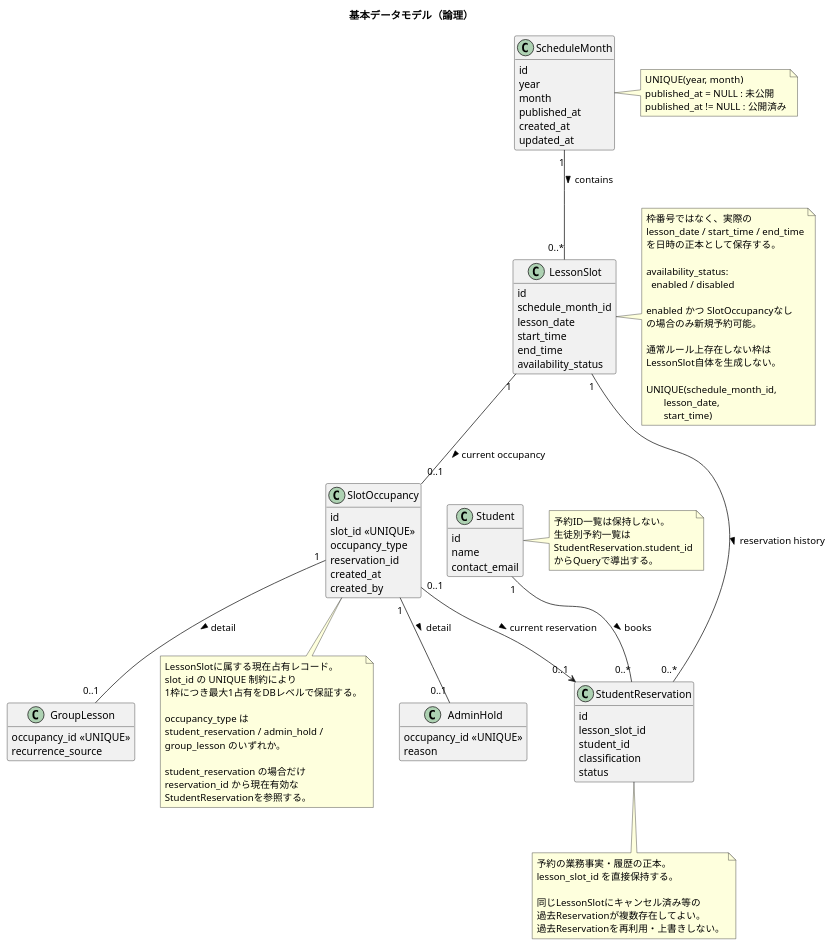
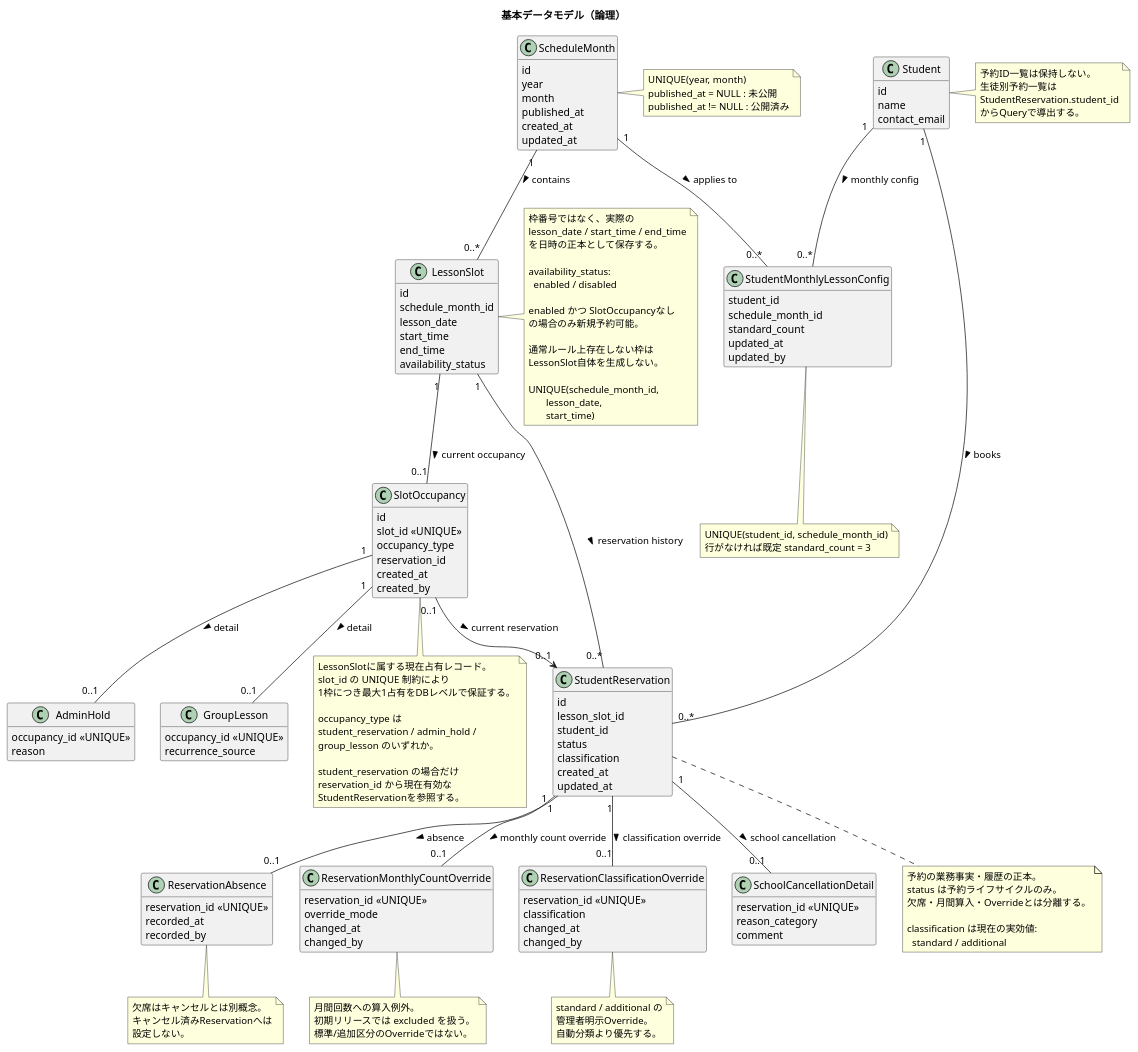
One commit to suzukure/nssscdl changed the diagram in docs/diagrams/plantuml/data-model-overview.puml. Above: the diagram before and after it, drawn with PlantUML.

Commit message:
Extend logical data model for reservation states

```diff
--- a/docs/diagrams/plantuml/data-model-overview.puml
+++ b/docs/diagrams/plantuml/data-model-overview.puml
@@ -1,122 +1,189 @@
 @startuml
 hide methods
 hide stereotypes
 skinparam classAttributeIconSize 0
 
 title 基本データモデル（論理）
 
 class Student {
   id
   name
   contact_email
 }
 
 class ScheduleMonth {
   id
   year
   month
   published_at
   created_at
   updated_at
 }
 
 class LessonSlot {
   id
   schedule_month_id
   lesson_date
   start_time
   end_time
   availability_status
 }
 
 class StudentReservation {
   id
   lesson_slot_id
   student_id
+  status
   classification
-  status
+  created_at
+  updated_at
+}
+
+class ReservationAbsence {
+  reservation_id <<UNIQUE>>
+  recorded_at
+  recorded_by
+}
+
+class ReservationMonthlyCountOverride {
+  reservation_id <<UNIQUE>>
+  override_mode
+  changed_at
+  changed_by
+}
+
+class ReservationClassificationOverride {
+  reservation_id <<UNIQUE>>
+  classification
+  changed_at
+  changed_by
+}
+
+class SchoolCancellationDetail {
+  reservation_id <<UNIQUE>>
+  reason_category
+  comment
+}
+
+class StudentMonthlyLessonConfig {
+  student_id
+  schedule_month_id
+  standard_count
+  updated_at
+  updated_by
 }
 
 class SlotOccupancy {
   id
   slot_id <<UNIQUE>>
   occupancy_type
   reservation_id
   created_at
   created_by
 }
 
 class AdminHold {
   occupancy_id <<UNIQUE>>
   reason
 }
 
 class GroupLesson {
   occupancy_id <<UNIQUE>>
   recurrence_source
 }
 
 ScheduleMonth "1" -- "0..*" LessonSlot : contains >
 Student "1" -- "0..*" StudentReservation : books >
 LessonSlot "1" -- "0..*" StudentReservation : reservation history >
 LessonSlot "1" -- "0..1" SlotOccupancy : current occupancy >
 SlotOccupancy "0..1" --> "0..1" StudentReservation : current reservation >
 SlotOccupancy "1" -- "0..1" AdminHold : detail >
 SlotOccupancy "1" -- "0..1" GroupLesson : detail >
+
+StudentReservation "1" -- "0..1" ReservationAbsence : absence >
+StudentReservation "1" -- "0..1" ReservationMonthlyCountOverride : monthly count override >
+StudentReservation "1" -- "0..1" ReservationClassificationOverride : classification override >
+StudentReservation "1" -- "0..1" SchoolCancellationDetail : school cancellation >
+
+Student "1" -- "0..*" StudentMonthlyLessonConfig : monthly config >
+ScheduleMonth "1" -- "0..*" StudentMonthlyLessonConfig : applies to >
 
 note right of ScheduleMonth
   UNIQUE(year, month)
   published_at = NULL : 未公開
   published_at != NULL : 公開済み
 end note
 
 note right of LessonSlot
   枠番号ではなく、実際の
   lesson_date / start_time / end_time
   を日時の正本として保存する。
 
   availability_status:
     enabled / disabled
 
   enabled かつ SlotOccupancyなし
   の場合のみ新規予約可能。
 
   通常ルール上存在しない枠は
   LessonSlot自体を生成しない。
 
   UNIQUE(schedule_month_id,
          lesson_date,
          start_time)
 end note
 
 note right of Student
   予約ID一覧は保持しない。
   生徒別予約一覧は
   StudentReservation.student_id
   からQueryで導出する。
 end note
 
 note bottom of StudentReservation
   予約の業務事実・履歴の正本。
-  lesson_slot_id を直接保持する。
+  status は予約ライフサイクルのみ。
+  欠席・月間算入・Overrideとは分離する。
 
-  同じLessonSlotにキャンセル済み等の
-  過去Reservationが複数存在してよい。
-  過去Reservationを再利用・上書きしない。
+  classification は現在の実効値:
+    standard / additional
+end note
+
+note bottom of ReservationAbsence
+  欠席はキャンセルとは別概念。
+  キャンセル済みReservationへは
+  設定しない。
+end note
+
+note bottom of ReservationMonthlyCountOverride
+  月間回数への算入例外。
+  初期リリースでは excluded を扱う。
+  標準/追加区分のOverrideではない。
+end note
+
+note bottom of ReservationClassificationOverride
+  standard / additional の
+  管理者明示Override。
+  自動分類より優先する。
+end note
+
+note bottom of StudentMonthlyLessonConfig
+  UNIQUE(student_id, schedule_month_id)
+  行がなければ既定 standard_count = 3
 end note
 
 note bottom of SlotOccupancy
   LessonSlotに属する現在占有レコード。
   slot_id の UNIQUE 制約により
   1枠につき最大1占有をDBレベルで保証する。
 
   occupancy_type は
   student_reservation / admin_hold /
   group_lesson のいずれか。
 
   student_reservation の場合だけ
   reservation_id から現在有効な
   StudentReservationを参照する。
 end note
 
 @enduml
```
